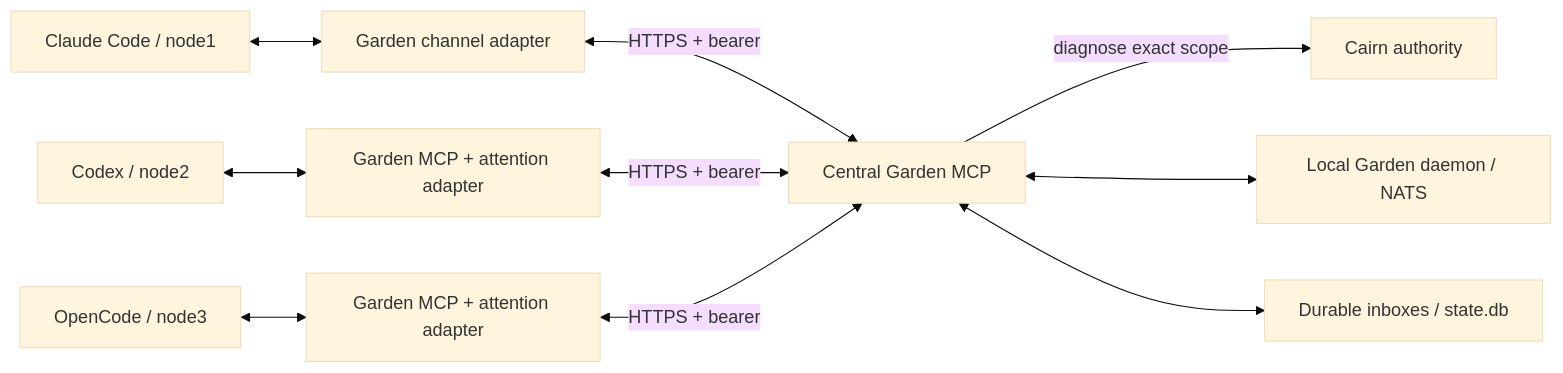
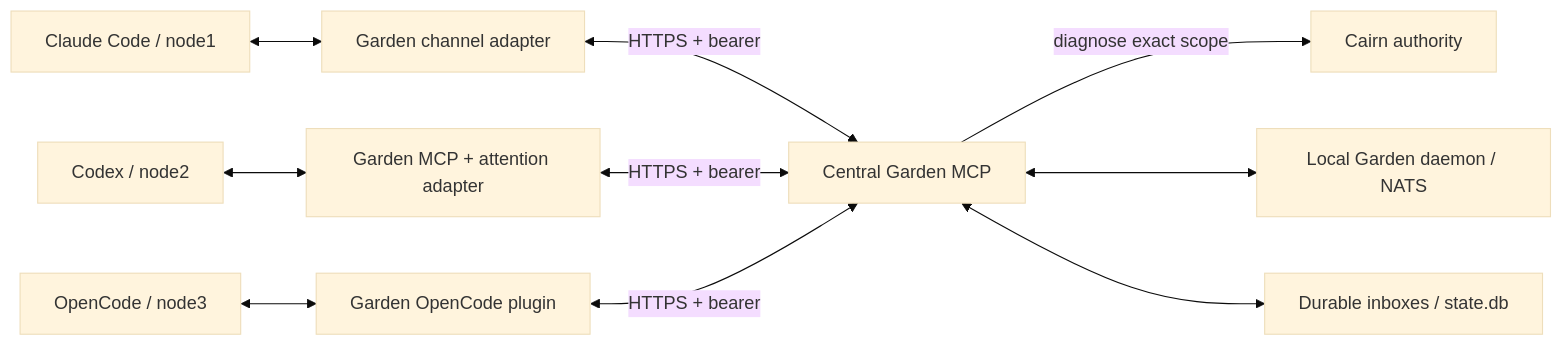
The diagram in docs/operations/shared-garden.md (veridian69/cairn), drawn with Mermaid (base theme) before and after one commit. The commit also changed other lines of this file and 108 other files, not shown here.

````diff
--- a/docs/operations/shared-garden.md
+++ b/docs/operations/shared-garden.md
@@ -20,12 +20,12 @@
 ```mermaid
 flowchart LR
   Claude[Claude Code / node1] <--> C[Garden channel adapter]
   Codex[Codex / node2] <--> X[Garden MCP + attention adapter]
-  OpenCode[OpenCode / node3] <--> O[Garden MCP + attention adapter]
+  OpenCode[OpenCode / node3] <--> O[Garden OpenCode plugin]
   C <-->|HTTPS + bearer| G[Central Garden MCP]
   X <-->|HTTPS + bearer| G
   O <-->|HTTPS + bearer| G
   G -->|diagnose exact scope| Cairn[Cairn authority]
   G <--> D[Local Garden daemon / NATS]
   G <--> DB[Durable inboxes / state.db]
 ```
````
